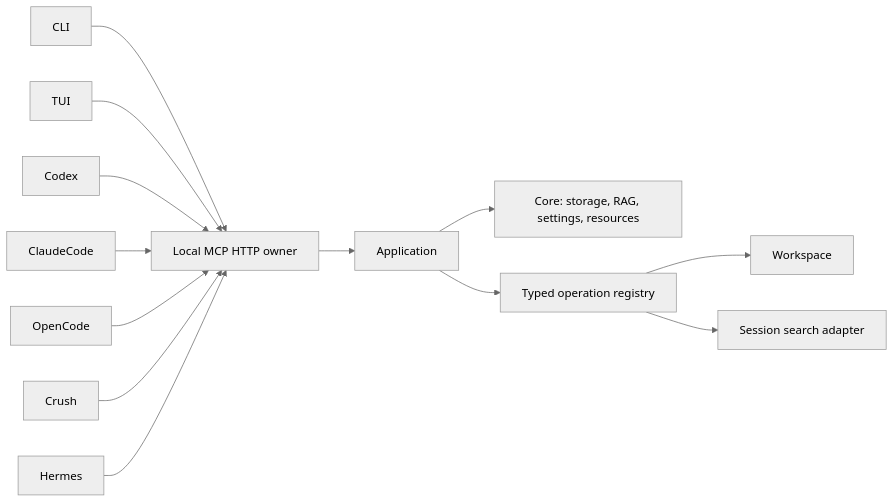
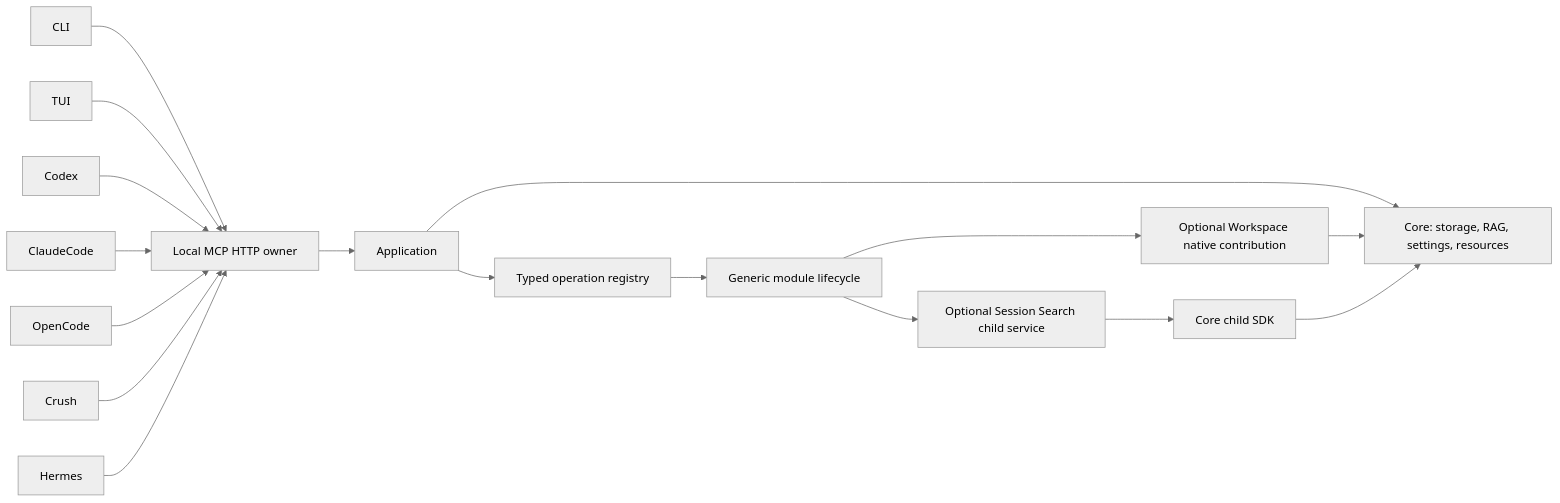
The diagram in docs/architecture.md (pikiby/contextopus-core), drawn with Mermaid (neutral theme) before and after one commit. The commit also changed other lines of this file and 320 other files, not shown here.

````diff
--- a/docs/architecture.md
+++ b/docs/architecture.md
@@ -3,15 +3,19 @@
 ```mermaid
 flowchart LR
     CLI --> Service
     TUI --> Service
     Codex --> Service
     ClaudeCode --> Service
     OpenCode --> Service
     Crush --> Service
     Hermes --> Service
     Service[Local MCP HTTP owner] --> Application
     Application --> Core[Core: storage, RAG, settings, resources]
     Application --> Registry[Typed operation registry]
-    Registry --> Workspace
-    Registry --> SessionSearch[Session search adapter]
+    Registry --> Lifecycle[Generic module lifecycle]
+    Lifecycle --> Workspace[Optional Workspace native contribution]
+    Lifecycle --> SessionSearch[Optional Session Search child service]
+    Workspace --> Core
+    SessionSearch --> SDK[Core child SDK]
+    SDK --> Core
 ```
````
